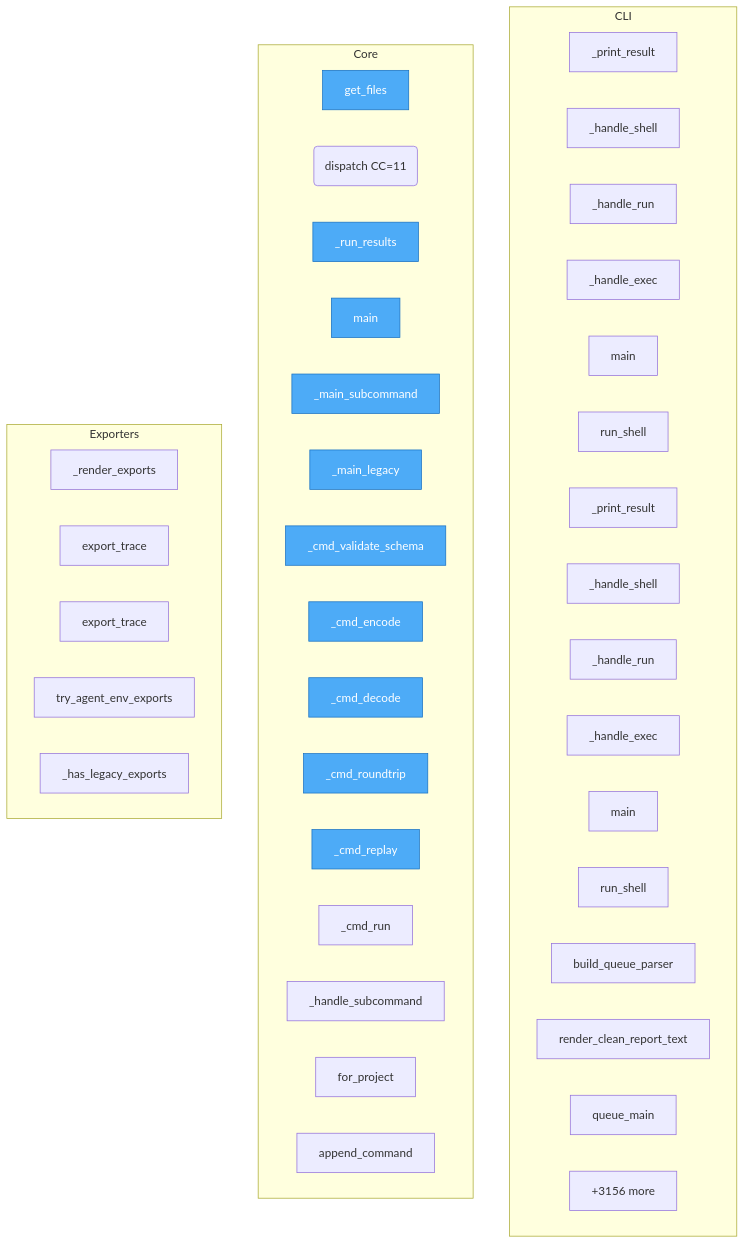
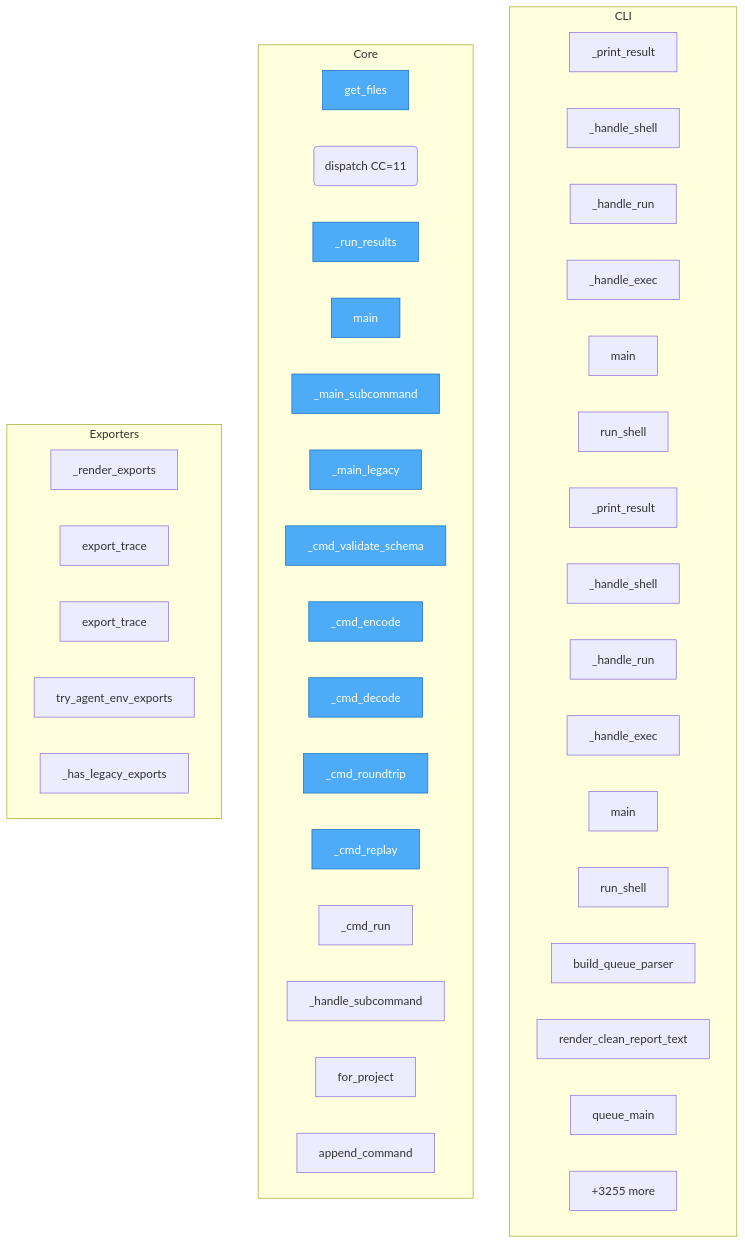
The diagram in project/flow.mmd (semcod/koru), drawn with Mermaid before and after one commit. The commit also changed 25 other files, not shown here.

```diff
--- a/project/flow.mmd
+++ b/project/flow.mmd
@@ -1,53 +1,53 @@
 flowchart TD
-%% generated in 1.36s
+%% generated in 0.96s
 
     %% Entry points (blue)
     classDef entry fill:#4dabf7,stroke:#1971c2,color:#fff
 
     subgraph CLI
         packages__cli2koru__src__cli2koru__cli___print_result["_print_result"]
         packages__cli2koru__src__cli2koru__cli___handle_shell["_handle_shell"]
         packages__cli2koru__src__cli2koru__cli___handle_run["_handle_run"]
         packages__cli2koru__src__cli2koru__cli___handle_exec["_handle_exec"]
         packages__cli2koru__src__cli2koru__cli__main["main"]
         packages__cli2koru__src__cli2koru__shell__run_shell["run_shell"]
         packages__cli2coru__src__cli2coru__cli___print_result["_print_result"]
         packages__cli2coru__src__cli2coru__cli___handle_shell["_handle_shell"]
         packages__cli2coru__src__cli2coru__cli___handle_run["_handle_run"]
         packages__cli2coru__src__cli2coru__cli___handle_exec["_handle_exec"]
         packages__cli2coru__src__cli2coru__cli__main["main"]
         packages__cli2coru__src__cli2coru__shell__run_shell["run_shell"]
         koru__cli_queue__build_queue_parser["build_queue_parser"]
         koru__cli_queue__render_clean_report_text["render_clean_report_text"]
         koru__cli_queue__queue_main["queue_main"]
         ...["+4 more"]
     end
 
     subgraph Core
         check_dups__get_files["get_files"]
         packages__dsl2koru__src__dsl2koru__bus__dispatch("dispatch CC=11")
         packages__dsl2koru__src__dsl2koru__cli___run_results["_run_results"]
         packages__dsl2koru__src__dsl2koru__cli__main["main"]
         packages__dsl2koru__src__dsl2koru__cli___main_subcommand["_main_subcommand"]
         packages__dsl2koru__src__dsl2koru__cli___main_legacy["_main_legacy"]
         packages__dsl2koru__src__dsl2koru__cli___cmd_validate_schema["_cmd_validate_schema"]
         packages__dsl2koru__src__dsl2koru__cli___cmd_encode["_cmd_encode"]
         packages__dsl2koru__src__dsl2koru__cli___cmd_decode["_cmd_decode"]
         packages__dsl2koru__src__dsl2koru__cli___cmd_roundtrip["_cmd_roundtrip"]
         packages__dsl2koru__src__dsl2koru__cli___cmd_replay["_cmd_replay"]
         packages__dsl2koru__src__dsl2koru__cli___cmd_run["_cmd_run"]
         packages__dsl2koru__src__dsl2koru__cli___handle_subcommand["_handle_subcommand"]
         packages__dsl2koru__src__dsl2koru__events__EventStore__for_project["for_project"]
         packages__dsl2koru__src__dsl2koru__events__EventStore__append_command["append_command"]
-        ...["+3156 more"]
+        ...["+3255 more"]
     end
 
     subgraph Exporters
         packages__koruenv__src__koruenv__cli___render_exports["_render_exports"]
         packages__nlpshim__src__nlpshim__conversation_client__ConversationTestClient__export_trace["export_trace"]
         packages__nlpshim__src__nlpshim__conversation_test_api__export_trace["export_trace"]
         src__koru__agent_cli_helpers__try_agent_env_exports["try_agent_env_exports"]
         src__koru__cli___has_legacy_exports["_has_legacy_exports"]
     end
 
     class check_dups__get_files,packages__dsl2koru__src__dsl2koru__cli___run_results,packages__dsl2koru__src__dsl2koru__cli__main,packages__dsl2koru__src__dsl2koru__cli___main_subcommand,packages__dsl2koru__src__dsl2koru__cli___main_legacy,packages__dsl2koru__src__dsl2koru__cli___cmd_validate_schema,packages__dsl2koru__src__dsl2koru__cli___cmd_encode,packages__dsl2koru__src__dsl2koru__cli___cmd_decode,packages__dsl2koru__src__dsl2koru__cli___cmd_roundtrip,packages__dsl2koru__src__dsl2koru__cli___cmd_replay entry
```
